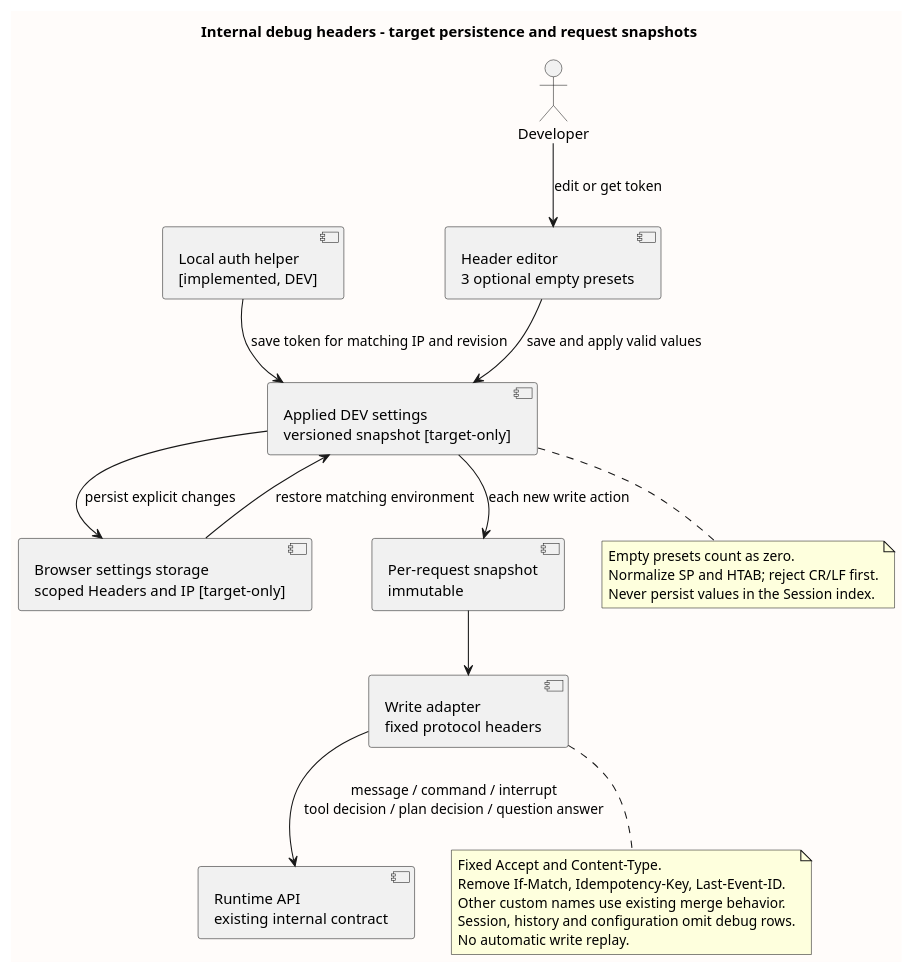
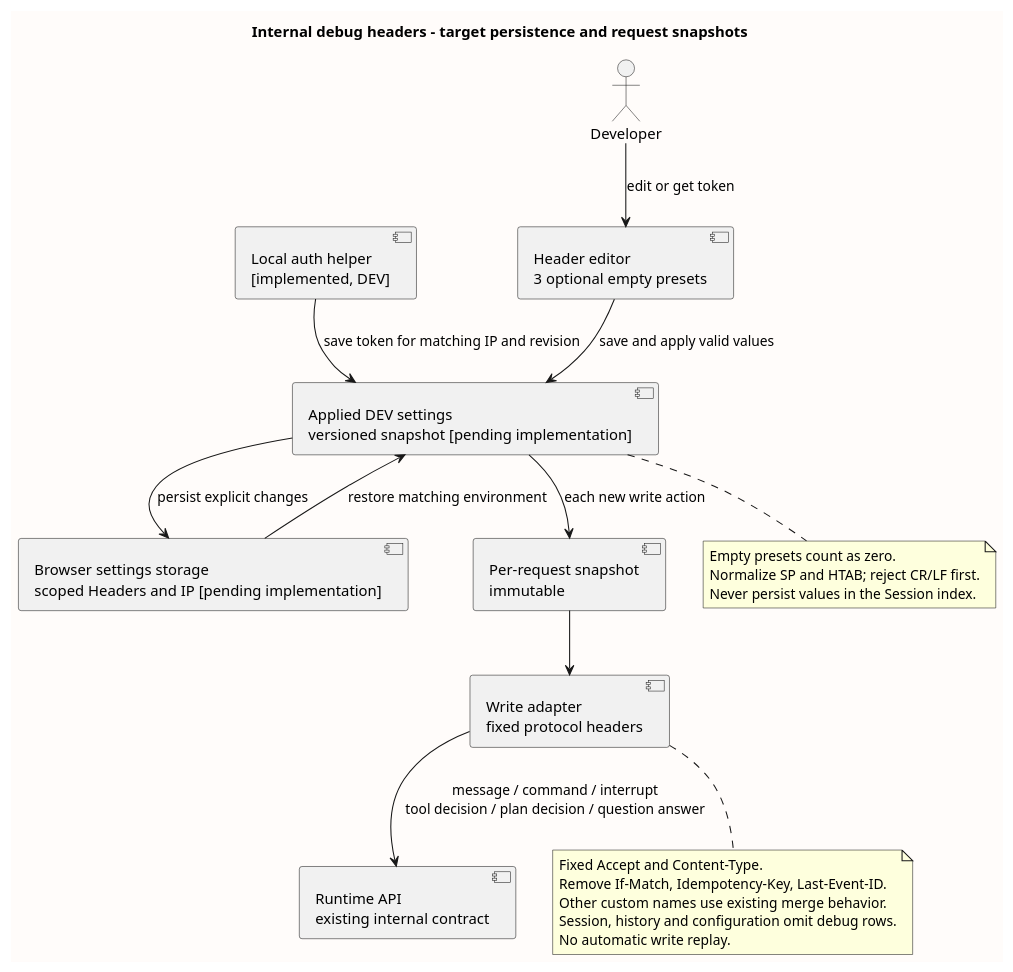
The second of 8 diagrams in 07-前端设计/技术设计/diagram.puml (ssm0808/pi-mono-java-design), drawn with PlantUML before and after one commit. The commit also changed other lines of this file and 182 other files, not shown here.

```diff
--- a/07-前端设计/技术设计/diagram.puml
+++ b/07-前端设计/技术设计/diagram.puml
@@ -44,44 +44,44 @@
 @startuml frontend_debug_header_flow
 ' Source baseline: pi-mono-java@9f785bea3ffff8f6566cd1b2727285af46a2aead
 ' Previous UI baseline: 4cc8dd86f601417c22cf9306e52152acbb59bb60
 ' Source evidence: frontend/src/components/DebugHeaders.vue snapshot
 ' Source evidence: frontend/src/App.vue submit, executeCommand, stop, decideTool, decidePlan, answerQuestion
 ' Source evidence: frontend/src/composables/useRuntimeApi.ts writeHeaders, submitStream, executeCommand
 ' Observed behavior: each of six write actions freezes current valid custom headers.
 ' Observed behavior: debugHeaders.ts validates whitespace; dev/authMiddleware.ts registers the DEV helper.
 ' New evidence: pi-mono-java 1d08f98eb04f8ea6e01bcfbfd4008c1b638391c4; DebugHeaders.vue rows; useDebugAuth.ts ip.
-' Observed behavior: settings are memory-only; persistence and unified settings are target-only.
+' Observed behavior: settings are memory-only; persistence and unified settings are pending implementation.
 ' Design reason: saved configuration survives reload; edits cannot mutate an accepted execution.
 title Internal debug headers - target persistence and request snapshots
 top to bottom direction
 skinparam backgroundColor #FFFCFA
 skinparam shadowing false
 component "Header editor\n3 optional empty presets" as Editor
-component "Applied DEV settings\nversioned snapshot [target-only]" as Store
-component "Browser settings storage\nscoped Headers and IP [target-only]" as ConfigStorage
+component "Applied DEV settings\nversioned snapshot [pending implementation]" as Store
+component "Browser settings storage\nscoped Headers and IP [pending implementation]" as ConfigStorage
 component "Per-request snapshot\nimmutable" as Snapshot
 component "Write adapter\nfixed protocol headers" as Adapter
 component "Runtime API\nexisting internal contract" as Runtime
 component "Local auth helper\n[implemented, DEV]" as Auth
 actor Developer
 Developer --> Editor : edit or get token
 Auth --> Store : save token for matching IP and revision
 Editor --> Store : save and apply valid values
 Store --> ConfigStorage : persist explicit changes
 ConfigStorage --> Store : restore matching environment
 Store --> Snapshot : each new write action
 Snapshot --> Adapter
 Adapter --> Runtime : message / command / interrupt\ntool decision / plan decision / question answer
 note bottom of Store
   Empty presets count as zero.
   Normalize SP and HTAB; reject CR/LF first.
   Never persist values in the Session index.
 end note
 note bottom of Adapter
   Fixed Accept and Content-Type.
   Remove If-Match, Idempotency-Key, Last-Event-ID.
   Other custom names use existing merge behavior.
   Session, history and configuration omit debug rows.
   No automatic write replay.
 end note
 @enduml
```
